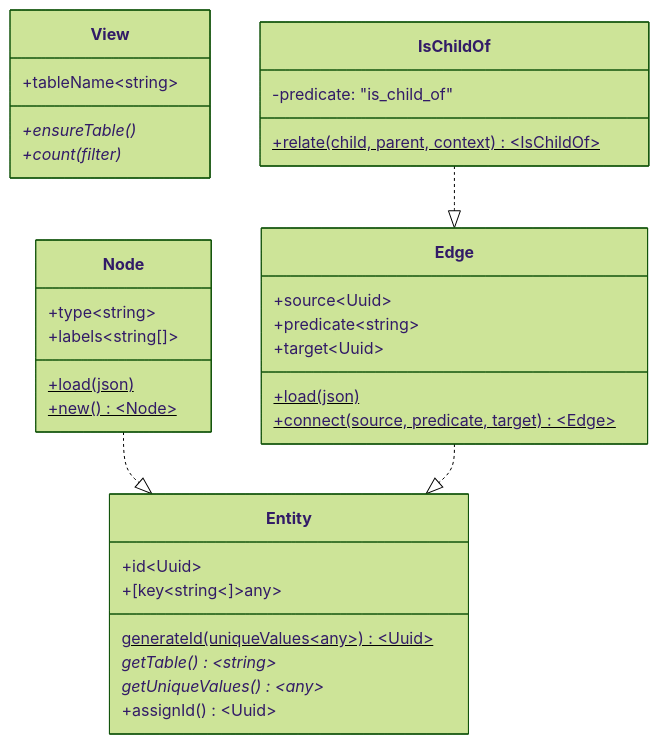
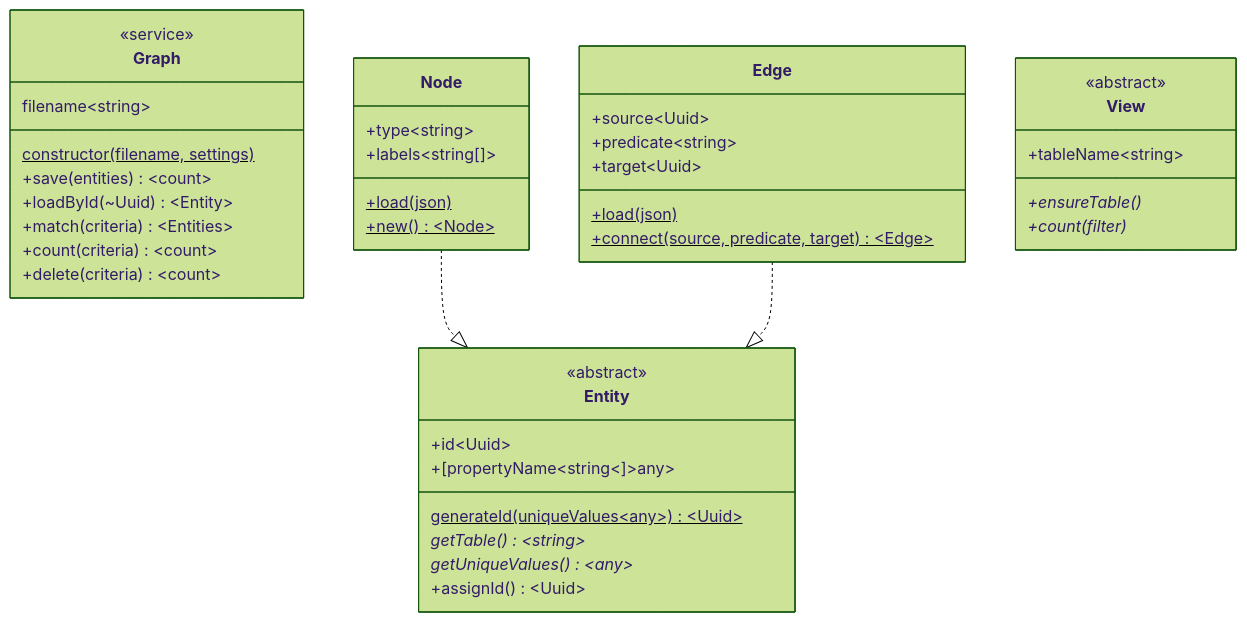
Before and after one commit to autogram-is/autograph: the diagram in docs/schema.md, drawn with Mermaid (forest theme). The commit also changed 2 other files, not shown here.

Commit message:
General clarification of the interfaces and philosophy

````diff
--- a/docs/schema.md
+++ b/docs/schema.md
@@ -3,44 +6,50 @@
 ```mermaid
 classDiagram
+    class Graph {
+        <<service>>
+        constructor(filename, settings)$
+        filename~string~
+        +save(entities)~count~
+        +loadById(~Uuid)~Entity~
+        +match(criteria)~Entities~
+        +count(criteria)~count~
+        +delete(criteria)~count~
+    }
+
     class Entity {
+        <<abstract>>
         +id~Uuid~
-        +[key~string~]~any~
+        +[propertyName~string~]~any~
     
         generateId(uniqueValues~any~)$~Uuid~
         getTable()*~string~
         getUniqueValues()*~any~
         +assignId()~Uuid~
     }
-
+    
     class Node {
         +type~string~
         +labels~string[]~
         +load(json)$
         +new()$~Node~
     }
 
     class Edge {
         +source~Uuid~
         +predicate~string~
         +target~Uuid~
         +load(json)$
         +connect(source, predicate, target)$~Edge~
     }
 
+    Entity
+    Node..|>Entity
+    Edge..|>Entity
+    
     class View {
+        <<abstract>>
         +tableName~string~
         +ensureTable()*
         +count(filter)*
     }
-
-    class IsChildOf {
-        -predicate: "is_child_of"
-        +relate(child, parent, context)$~IsChildOf~
-    }
-
-
-    Entity
-    Node..|>Entity
-    Edge..|>Entity
-    IsChildOf..|>Edge
 ```
````
